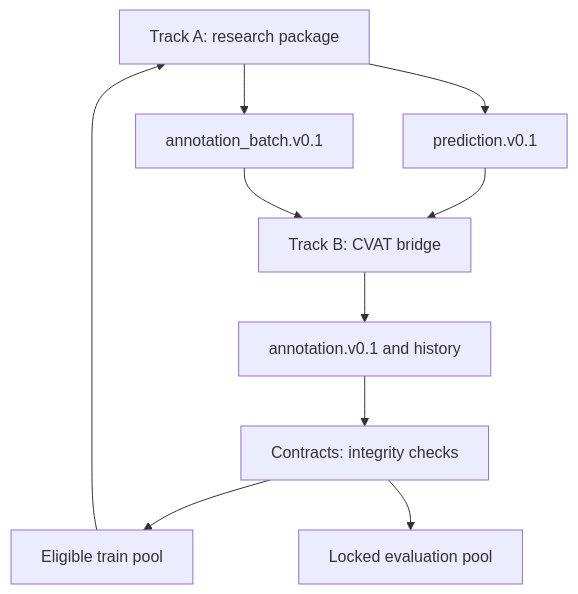
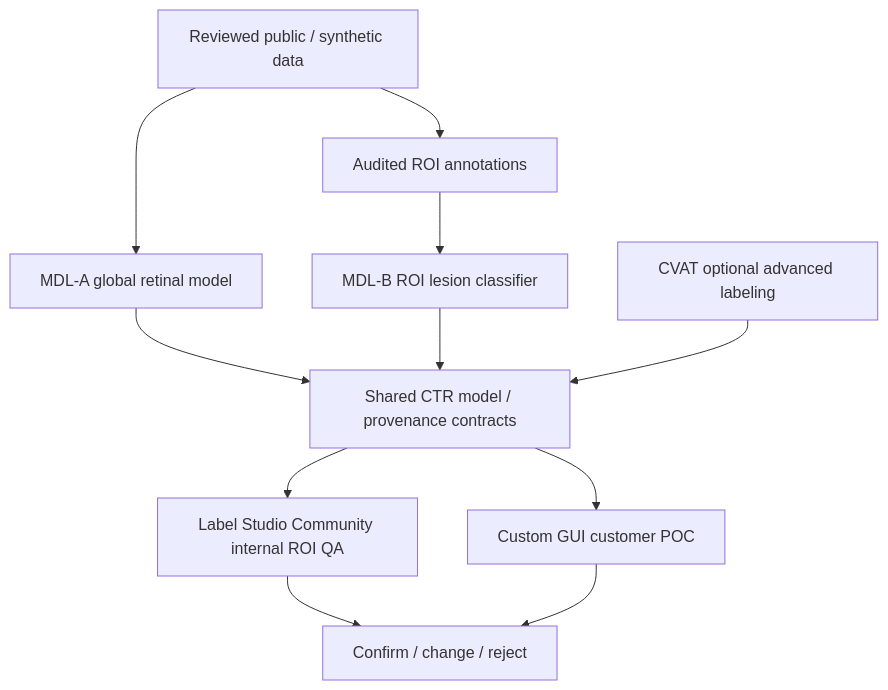
One commit to siriponsri/OcuForge changed the diagram in docs/DUAL_TRACK_ARCHITECTURE.md. Above: the diagram before and after it, drawn with Mermaid. The commit also changed other lines of this file and 10 other files, not shown here.

Commit message:
Pivot POC to interactive lesion modeling

````diff
--- a/docs/DUAL_TRACK_ARCHITECTURE.md
+++ b/docs/DUAL_TRACK_ARCHITECTURE.md
@@ -3,12 +3,13 @@
 ```mermaid
 flowchart TD
- A["Track A: research package"] --> P["prediction.v0.1"]
- P --> B["Track B: CVAT bridge"]
- B --> N["annotation.v0.1 and history"]
- N --> V["Contracts: integrity checks"]
- V --> T["Eligible train pool"]
- V --> S["Locked evaluation pool"]
- T --> A
- A --> Q["annotation_batch.v0.1"]
- Q --> B
+ A["Reviewed public / synthetic data"] --> G["MDL-A global retinal model"]
+ A --> R["Audited ROI annotations"]
+ R --> L["MDL-B ROI lesion classifier"]
+ G --> C["Shared CTR model / provenance contracts"]
+ L --> C
+ C --> S["Label Studio Community internal ROI QA"]
+ C --> U["Custom GUI customer POC"]
+ S --> H["Confirm / change / reject"]
+ U --> H
+ V["CVAT optional advanced labeling"] --> C
 ```
````
